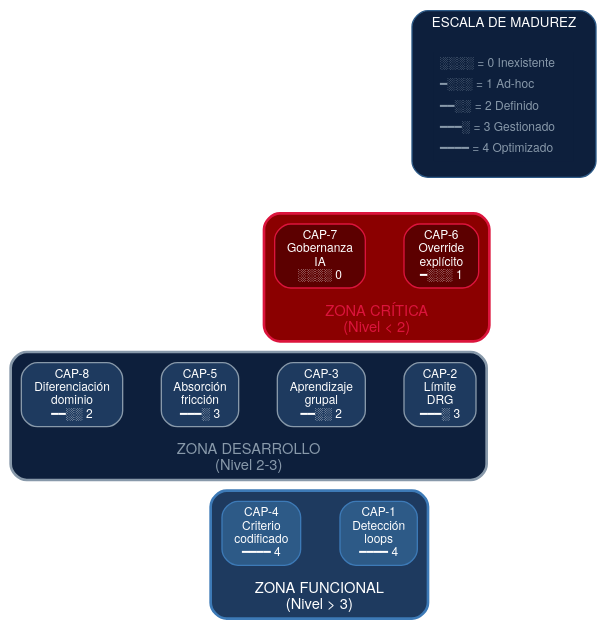
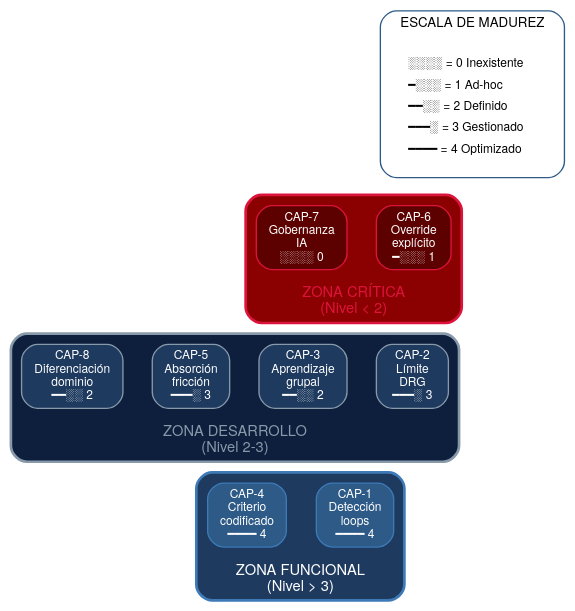
Before and after one commit to gonzalezulises/mas-control-mas-caos: the diagram in assets/diagrams/AppE-radar-capacidades.dot, drawn with Graphviz. The commit also changed 33 other files, not shown here.

```diff
--- a/assets/diagrams/AppE-radar-capacidades.dot
+++ b/assets/diagrams/AppE-radar-capacidades.dot
@@ -1,97 +1,96 @@
 digraph RadarCapacidades {
     // Configuración general - paleta portada
     graph [
         bgcolor="transparent"
         fontname="Helvetica Neue"
-        fontsize=11
+        fontsize=10
         fontcolor="#ffffff"
-        pad=0.5
-        nodesep=0.4
-        ranksep=0.6
+        pad=0.2
+        nodesep=0.3
+        ranksep=0.4
     ];
-    node [fontname="Helvetica Neue" fontsize=10 fontcolor="#ffffff"];
-    edge [fontname="Helvetica Neue" fontsize=9 fontcolor="#8899aa"];
+    node [fontname="Helvetica Neue" fontsize=9 fontcolor="#ffffff"];
+    edge [fontname="Helvetica Neue" fontsize=8 fontcolor="#8899aa"];
 
     // Nodo central invisible para anclar
     center [label="" shape=point width=0.1 style=invis];
 
     // === ZONA FUNCIONAL (anillo exterior - azul control) ===
     subgraph cluster_funcional {
         label="ZONA FUNCIONAL\n(Nivel > 3)"
         labelloc="b"
         style="rounded,filled"
         fillcolor="#1e3a5f"
         color="#3d7ab7"
         penwidth=2
         fontcolor="#ffffff"
         fontsize=11
 
         // Capacidades en zona funcional
         F1 [label="CAP-1\nDetección\nloops\n━━━━ 4" shape=box style="rounded,filled" fillcolor="#2d5a87" color="#3d7ab7" fontsize=9 fontcolor="#ffffff"]
         F2 [label="CAP-4\nCriterio\ncodificado\n━━━━ 4" shape=box style="rounded,filled" fillcolor="#2d5a87" color="#3d7ab7" fontsize=9 fontcolor="#ffffff"]
     }
 
     // === ZONA DESARROLLO (anillo medio - gris) ===
     subgraph cluster_desarrollo {
         label="ZONA DESARROLLO\n(Nivel 2-3)"
         labelloc="b"
         style="rounded,filled"
         fillcolor="#0d1f3c"
         color="#8899aa"
         penwidth=2
         fontcolor="#8899aa"
         fontsize=11
 
         D1 [label="CAP-2\nLímite\nDRG\n━━━░ 3" shape=box style="rounded,filled" fillcolor="#1e3a5f" color="#8899aa" fontsize=9 fontcolor="#ffffff"]
         D2 [label="CAP-3\nAprendizaje\ngrupal\n━━░░ 2" shape=box style="rounded,filled" fillcolor="#1e3a5f" color="#8899aa" fontsize=9 fontcolor="#ffffff"]
         D3 [label="CAP-5\nAbsorción\nfricción\n━━━░ 3" shape=box style="rounded,filled" fillcolor="#1e3a5f" color="#8899aa" fontsize=9 fontcolor="#ffffff"]
         D4 [label="CAP-8\nDiferenciación\ndominio\n━━░░ 2" shape=box style="rounded,filled" fillcolor="#1e3a5f" color="#8899aa" fontsize=9 fontcolor="#ffffff"]
     }
 
     // === ZONA CRÍTICA (anillo interior - rojo caos) ===
     subgraph cluster_critica {
         label="ZONA CRÍTICA\n(Nivel < 2)"
         labelloc="b"
         style="rounded,filled"
         fillcolor="#8b0000"
         color="#dc143c"
         penwidth=2
         fontcolor="#dc143c"
         fontsize=11
 
         C1 [label="CAP-6\nOverride\nexplícito\n━░░░ 1" shape=box style="rounded,filled" fillcolor="#5c0000" color="#dc143c" fontsize=9 fontcolor="#ffffff"]
         C2 [label="CAP-7\nGobernanza\nIA\n░░░░ 0" shape=box style="rounded,filled" fillcolor="#5c0000" color="#dc143c" fontsize=9 fontcolor="#ffffff"]
     }
 
     // === LEYENDA ===
     subgraph cluster_leyenda {
         label="ESCALA DE MADUREZ"
         labelloc="t"
-        style="rounded,filled"
-        fillcolor="#0d1f3c"
+        style="rounded"
         color="#2d5a87"
-        fontcolor="#ffffff"
+        fontcolor="#000000"
         fontsize=10
 
         leyenda [
             label=<
-            <TABLE BORDER="0" CELLBORDER="0" CELLSPACING="2" BGCOLOR="#0d1f3c">
-                <TR><TD ALIGN="LEFT"><FONT POINT-SIZE="9" COLOR="#8899aa">░░░░ = 0 Inexistente</FONT></TD></TR>
-                <TR><TD ALIGN="LEFT"><FONT POINT-SIZE="9" COLOR="#8899aa">━░░░ = 1 Ad-hoc</FONT></TD></TR>
-                <TR><TD ALIGN="LEFT"><FONT POINT-SIZE="9" COLOR="#8899aa">━━░░ = 2 Definido</FONT></TD></TR>
-                <TR><TD ALIGN="LEFT"><FONT POINT-SIZE="9" COLOR="#8899aa">━━━░ = 3 Gestionado</FONT></TD></TR>
-                <TR><TD ALIGN="LEFT"><FONT POINT-SIZE="9" COLOR="#8899aa">━━━━ = 4 Optimizado</FONT></TD></TR>
+            <TABLE BORDER="0" CELLBORDER="0" CELLSPACING="2">
+                <TR><TD ALIGN="LEFT"><FONT POINT-SIZE="9" COLOR="#000000">░░░░ = 0 Inexistente</FONT></TD></TR>
+                <TR><TD ALIGN="LEFT"><FONT POINT-SIZE="9" COLOR="#000000">━░░░ = 1 Ad-hoc</FONT></TD></TR>
+                <TR><TD ALIGN="LEFT"><FONT POINT-SIZE="9" COLOR="#000000">━━░░ = 2 Definido</FONT></TD></TR>
+                <TR><TD ALIGN="LEFT"><FONT POINT-SIZE="9" COLOR="#000000">━━━░ = 3 Gestionado</FONT></TD></TR>
+                <TR><TD ALIGN="LEFT"><FONT POINT-SIZE="9" COLOR="#000000">━━━━ = 4 Optimizado</FONT></TD></TR>
             </TABLE>
             >
             shape=none
         ]
     }
 
     // Conexiones invisibles para layout
     center -> C1 [style=invis]
     center -> C2 [style=invis]
     C1 -> D1 [style=invis]
     C2 -> D2 [style=invis]
     D1 -> F1 [style=invis]
     D3 -> F2 [style=invis]
 }
```
